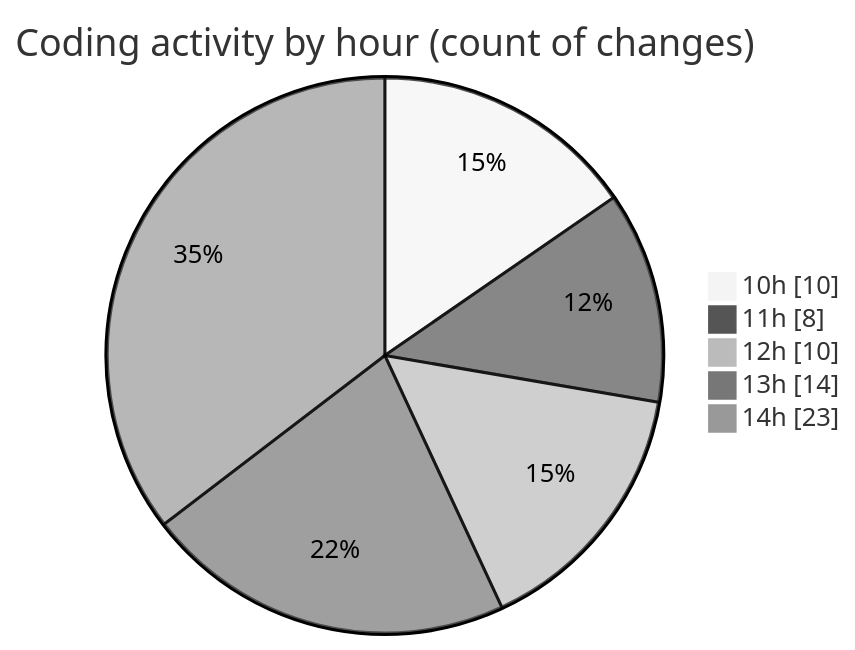
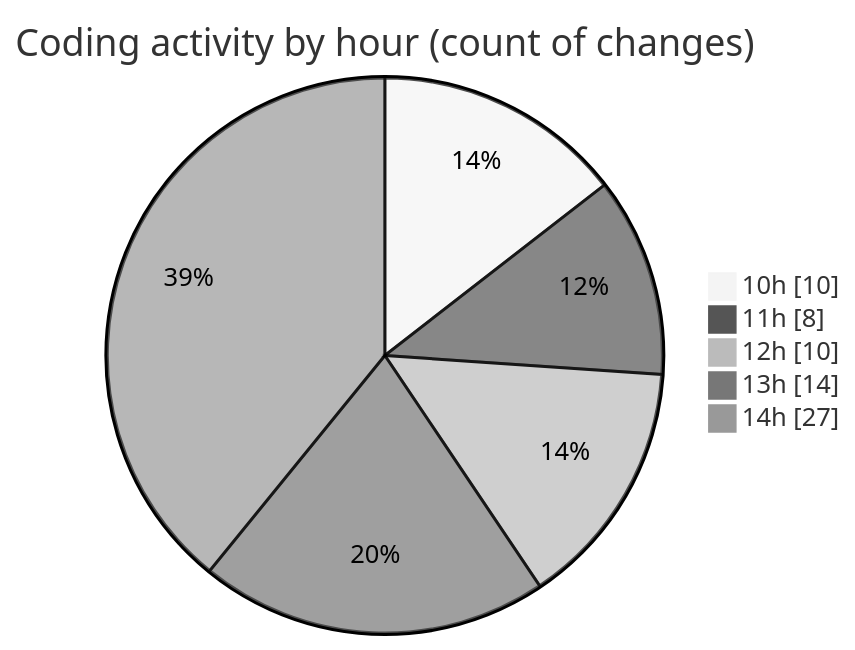
The second of 2 diagrams in 2025-07-29/nxtqube_webapp/README.md (nxtqubesakshisongat/code-tracking), drawn with Mermaid (neutral theme) before and after one commit. The commit also changed other lines of this file and 1 other file, not shown here.

````diff
--- a/2025-07-29/nxtqube_webapp/README.md
+++ b/2025-07-29/nxtqube_webapp/README.md
@@ -36,9 +36,9 @@
 ```mermaid
 pie showData
 title Coding activity by hour (count of changes)
 "10h" : 10
 "11h" : 8
 "12h" : 10
 "13h" : 14
-"14h" : 23
+"14h" : 27
 ```
````
